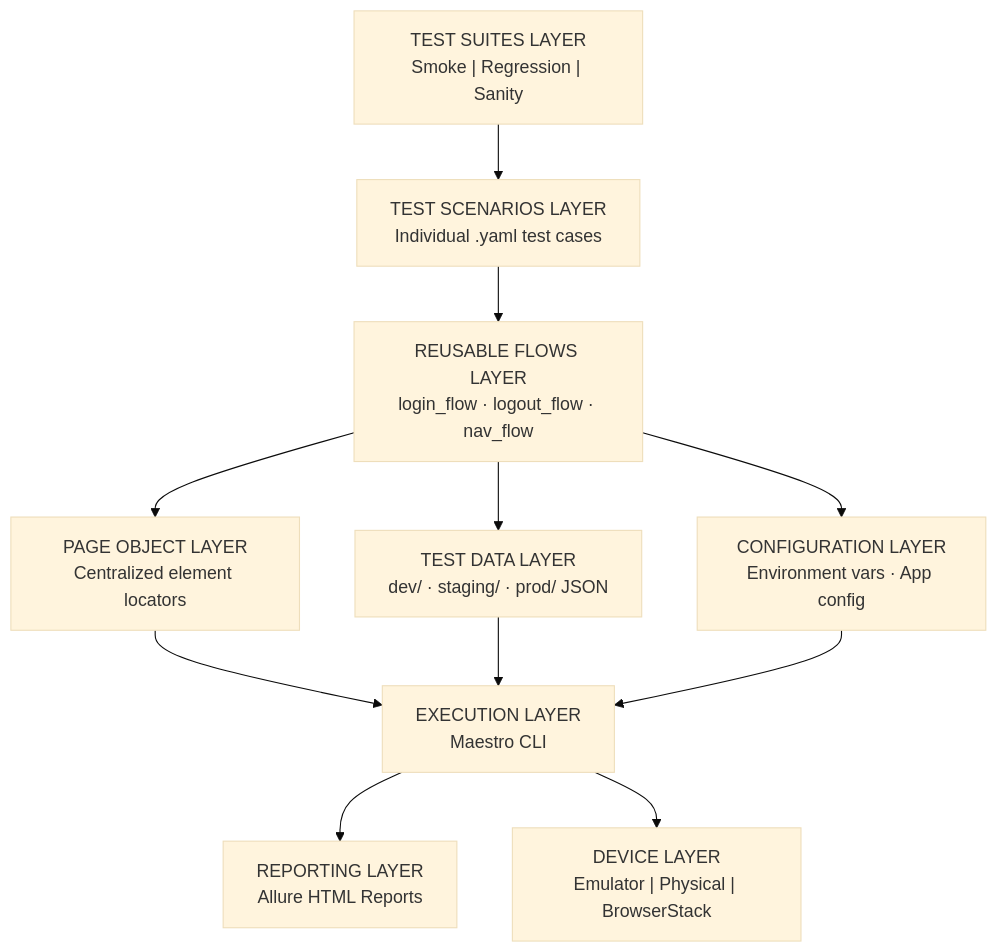
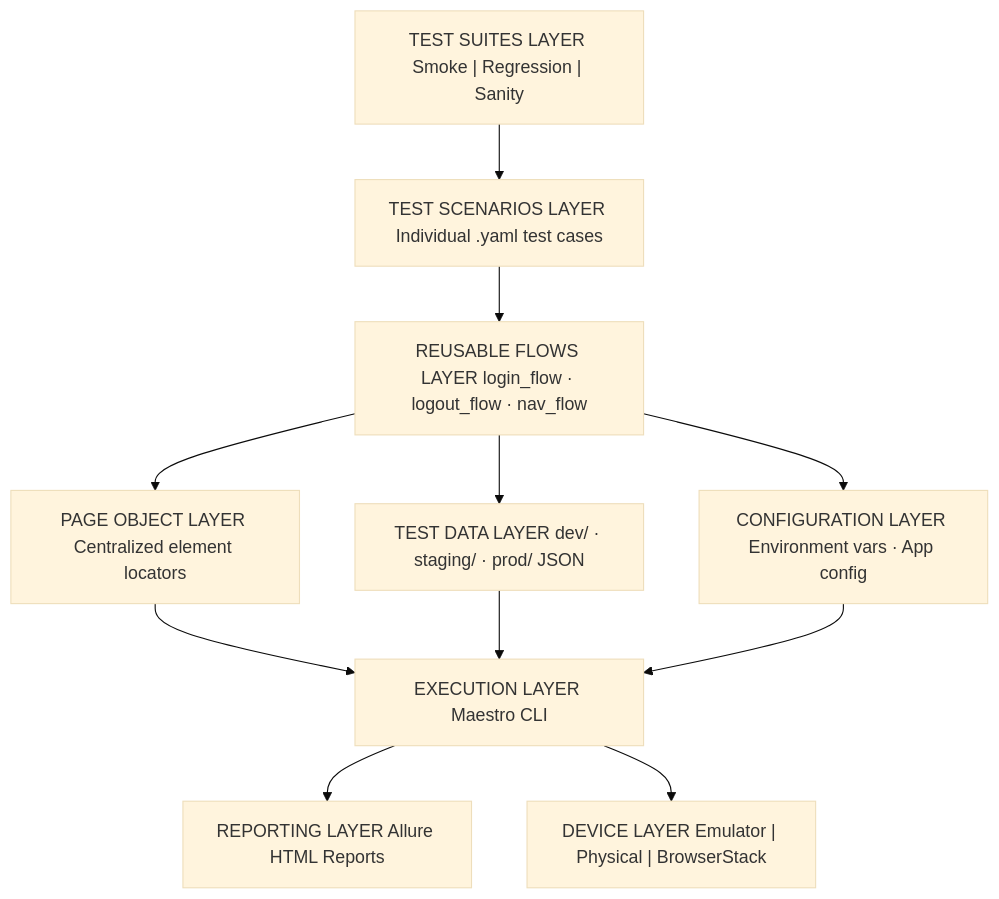
The first of 2 diagrams in README.md (Kavindu-Dilshan-Dev/maestro-mobile-automation-framework), drawn with Mermaid (base theme) before and after one commit.

Commit message:
Simplify flowchart labels in README.md

````diff
--- a/README.md
+++ b/README.md
@@ -62,21 +62,21 @@
 ```mermaid
 flowchart TD
-    A["TEST SUITES LAYER\nSmoke | Regression | Sanity"]
-    B["TEST SCENARIOS LAYER\nIndividual .yaml test cases"]
-    C["REUSABLE FLOWS LAYER\nlogin_flow · logout_flow · nav_flow"]
-    D["PAGE OBJECT LAYER\nCentralized element locators"]
-    E["TEST DATA LAYER\ndev/ · staging/ · prod/ JSON"]
-    F["CONFIGURATION LAYER\nEnvironment vars · App config"]
-    G["EXECUTION LAYER\nMaestro CLI"]
-    H["REPORTING LAYER\nAllure HTML Reports"]
-    I["DEVICE LAYER\nEmulator | Physical | BrowserStack"]
+    A["TEST SUITES LAYER Smoke | Regression | Sanity"]
+    B["TEST SCENARIOS LAYER Individual .yaml test cases"]
+    C["REUSABLE FLOWS LAYER login_flow · logout_flow · nav_flow"]
+    D["PAGE OBJECT LAYER Centralized element locators"]
+    E["TEST DATA LAYER dev/ · staging/ · prod/ JSON"]
+    F["CONFIGURATION LAYER Environment vars · App config"]
+    G["EXECUTION LAYER Maestro CLI"]
+    H["REPORTING LAYER Allure HTML Reports"]
+    I["DEVICE LAYER Emulator | Physical | BrowserStack"]
 
     A --> B --> C --> D
     C --> E
     C --> F
     D --> G
     E --> G
     F --> G
     G --> H
     G --> I
 ```
````
